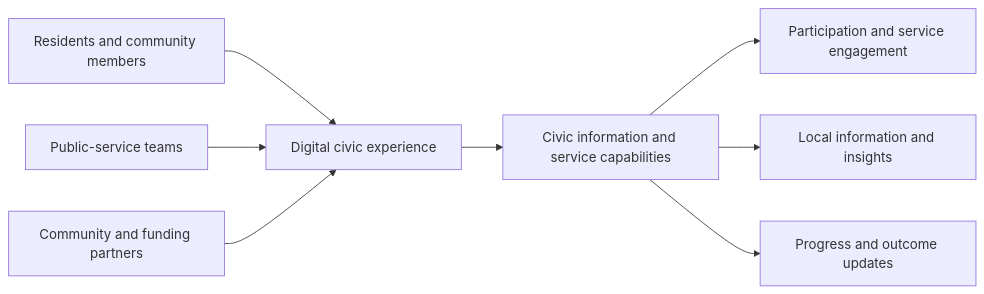
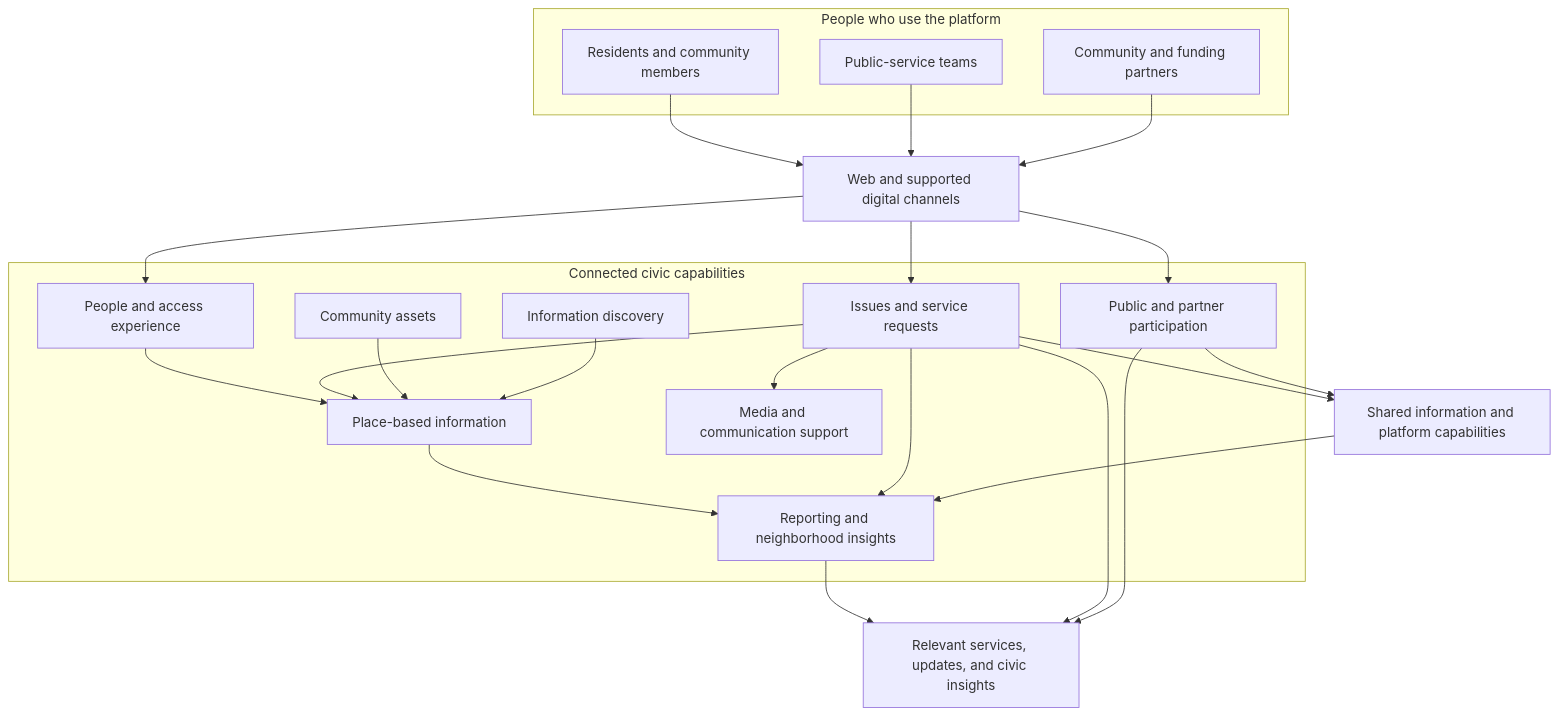
Before and after one commit to nammuru2026-vishnu/Nammuru.org: the first of 6 diagrams in nammuru_solution_architecture.md, drawn with Mermaid. The commit also changed other lines of this file, not shown here.

Commit message:
Add public-safe Mermaid system design and deployment architecture diagrams

````diff
--- a/nammuru_solution_architecture.md
+++ b/nammuru_solution_architecture.md
@@ -32,10 +34,44 @@
 ```mermaid
-flowchart LR
-    COMMUNITY[Residents and community members] --> EXPERIENCE[Digital civic experience]
-    TEAMS[Public-service teams] --> EXPERIENCE
-    PARTNERS[Community and funding partners] --> EXPERIENCE
-    EXPERIENCE --> CAPABILITIES[Civic information and service capabilities]
-    CAPABILITIES --> PARTICIPATION[Participation and service engagement]
-    CAPABILITIES --> INSIGHTS[Local information and insights]
-    CAPABILITIES --> UPDATES[Progress and outcome updates]
+flowchart TB
+    subgraph AUDIENCES[People who use the platform]
+        RESIDENTS[Residents and community members]
+        TEAMS[Public-service teams]
+        PARTNERS[Community and funding partners]
+    end
+
+    CHANNELS[Web and supported digital channels]
+
+    subgraph CIVIC[Connected civic capabilities]
+        ACCESS[People and access experience]
+        PLACE[Place-based information]
+        ASSETS[Community assets]
+        ISSUES[Issues and service requests]
+        PARTICIPATION[Public and partner participation]
+        MEDIA[Media and communication support]
+        INSIGHTS[Reporting and neighborhood insights]
+        DISCOVERY[Information discovery]
+    end
+
+    SHARED[Shared information and platform capabilities]
+    OUTCOMES[Relevant services, updates, and civic insights]
+
+    RESIDENTS --> CHANNELS
+    TEAMS --> CHANNELS
+    PARTNERS --> CHANNELS
+    CHANNELS --> ACCESS
+    CHANNELS --> ISSUES
+    CHANNELS --> PARTICIPATION
+    ACCESS --> PLACE
+    ISSUES --> PLACE
+    ISSUES --> MEDIA
+    ISSUES --> SHARED
+    ASSETS --> PLACE
+    PARTICIPATION --> SHARED
+    PLACE --> INSIGHTS
+    ISSUES --> INSIGHTS
+    SHARED --> INSIGHTS
+    DISCOVERY --> PLACE
+    INSIGHTS --> OUTCOMES
+    ISSUES --> OUTCOMES
+    PARTICIPATION --> OUTCOMES
 ```
````
